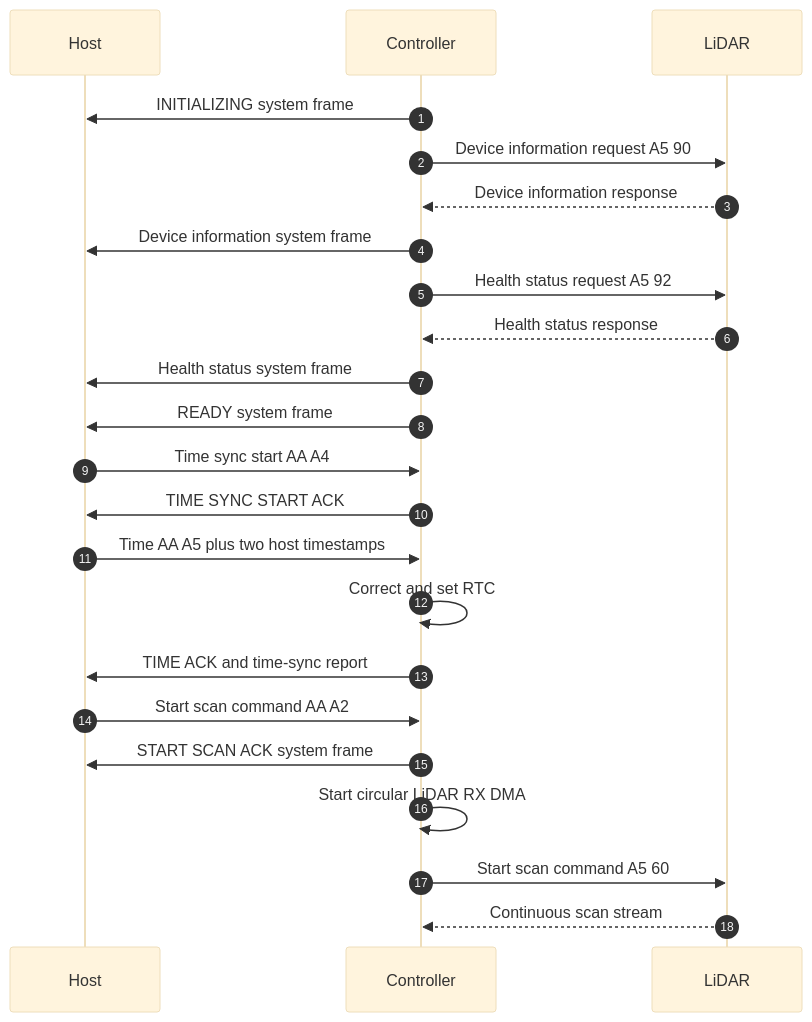
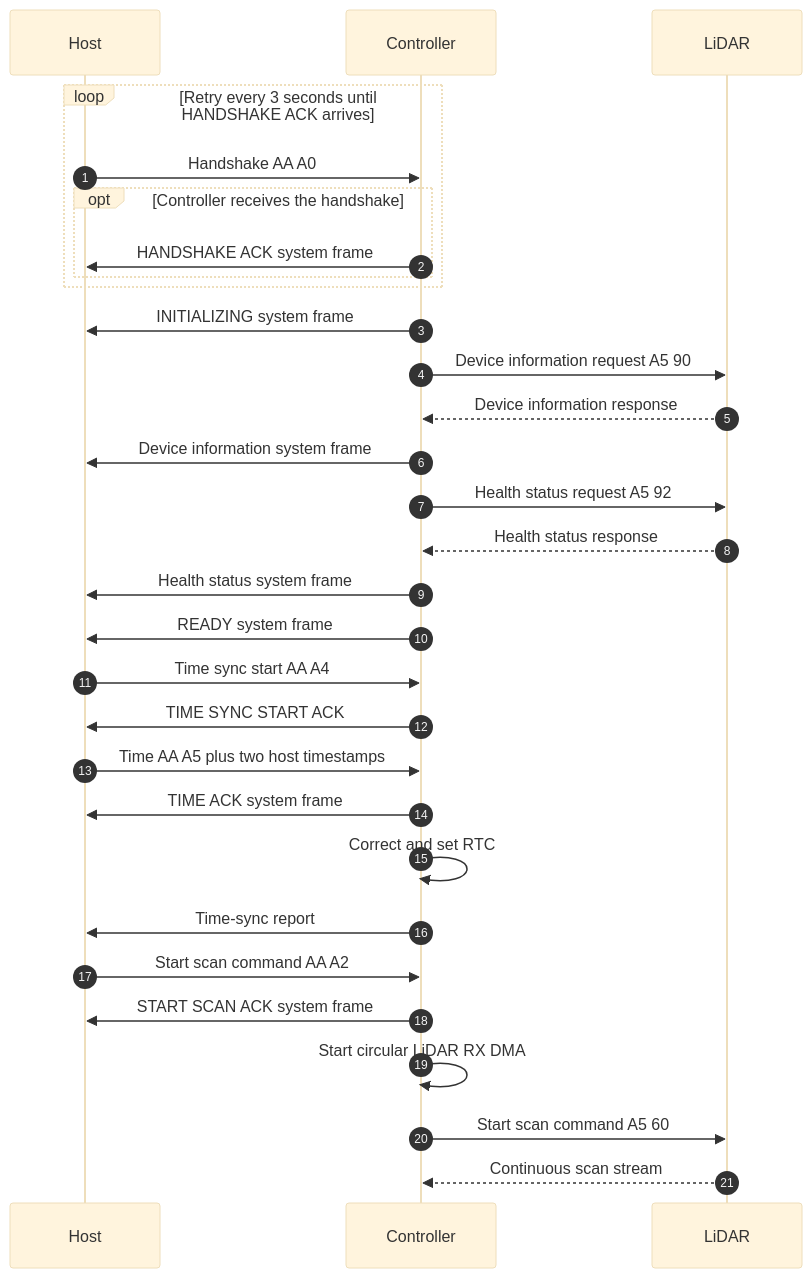
The first of 5 diagrams in docs/frame.md (kei185/sensor-echo), drawn with Mermaid (base theme) before and after one commit. The commit also changed other lines of this file and 1 other file, not shown here.

Commit message:
[codex] docs: define handshake recovery and motor control frames

````diff
--- a/docs/frame.md
+++ b/docs/frame.md
@@ -6,26 +13,33 @@
 ```mermaid
 sequenceDiagram
     autonumber
     participant Host
     participant Controller
     participant LiDAR
 
+    loop Retry every 3 seconds until HANDSHAKE ACK arrives
+        Host->>Controller: Handshake AA A0
+        opt Controller receives the handshake
+            Controller->>Host: HANDSHAKE ACK system frame
+        end
+    end
     Controller->>Host: INITIALIZING system frame
     Controller->>LiDAR: Device information request A5 90
     LiDAR-->>Controller: Device information response
     Controller->>Host: Device information system frame
     Controller->>LiDAR: Health status request A5 92
     LiDAR-->>Controller: Health status response
     Controller->>Host: Health status system frame
     Controller->>Host: READY system frame
     Host->>Controller: Time sync start AA A4
     Controller->>Host: TIME SYNC START ACK
     Host->>Controller: Time AA A5 plus two host timestamps
+    Controller->>Host: TIME ACK system frame
     Controller->>Controller: Correct and set RTC
-    Controller->>Host: TIME ACK and time-sync report
+    Controller->>Host: Time-sync report
     Host->>Controller: Start scan command AA A2
     Controller->>Host: START SCAN ACK system frame
     Controller->>Controller: Start circular LiDAR RX DMA
     Controller->>LiDAR: Start scan command A5 60
     LiDAR-->>Controller: Continuous scan stream
 ```
````
